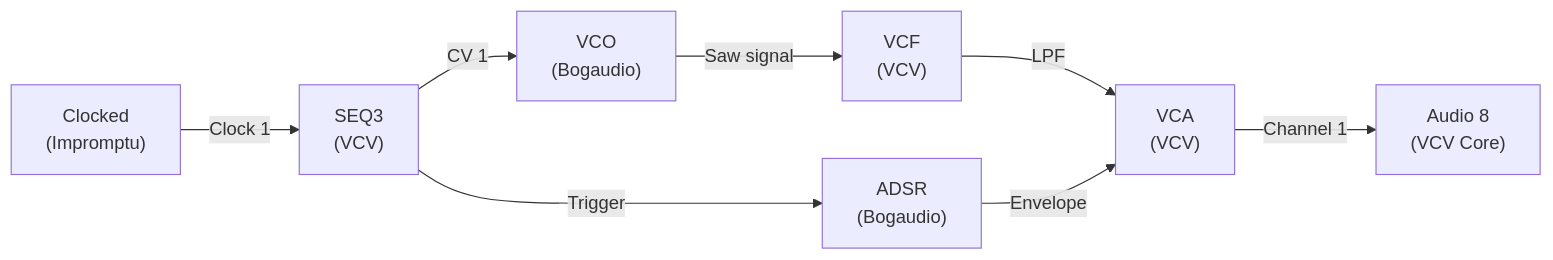
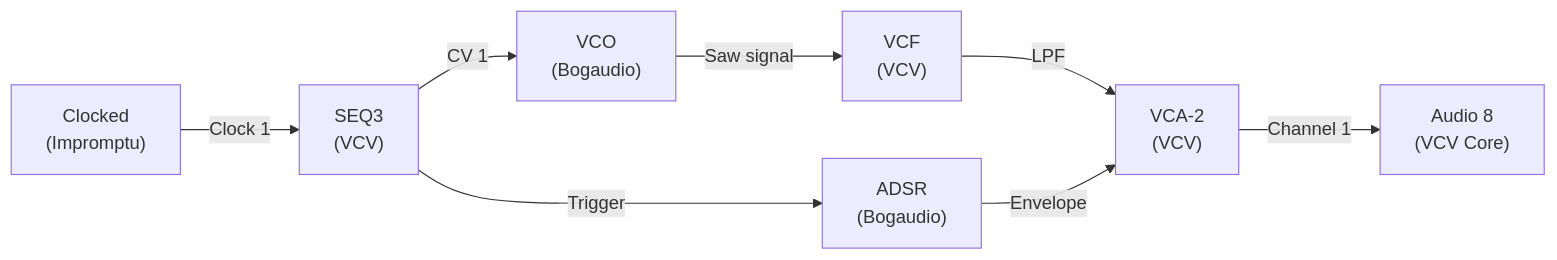
The fifth of 7 diagrams in src/intermediate-patch.md (Witzman/VCVRack-Doku), drawn with Mermaid before and after one commit. The commit also changed other lines of this file and 75 other files, not shown here.

````diff
--- a/src/intermediate-patch.md
+++ b/src/intermediate-patch.md
@@ -104,10 +104,10 @@
 ```mermaid
 flowchart LR
     CLK["Clocked\n(Impromptu)"] -->|"Clock 1"| SEQ["SEQ3\n(VCV)"]
     SEQ -->|"CV 1"| BVCO["VCO\n(Bogaudio)"]
     SEQ -->|"Trigger"| BADSR["ADSR\n(Bogaudio)"]
     BVCO -->|"Saw signal"| VCF["VCF\n(VCV)"]
-    VCF -->|"LPF"| VCA["VCA\n(VCV)"]
+    VCF -->|"LPF"| VCA["VCA-2\n(VCV)"]
     BADSR -->|"Envelope"| VCA
     VCA -->|"Channel 1"| AUDIO["Audio 8\n(VCV Core)"]
 ```
````
